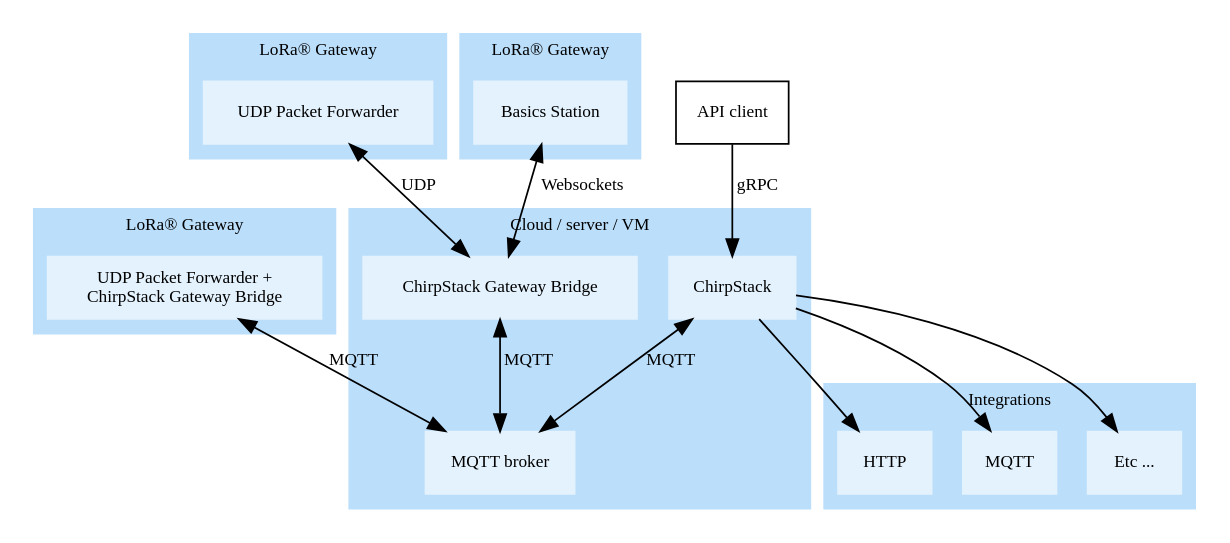
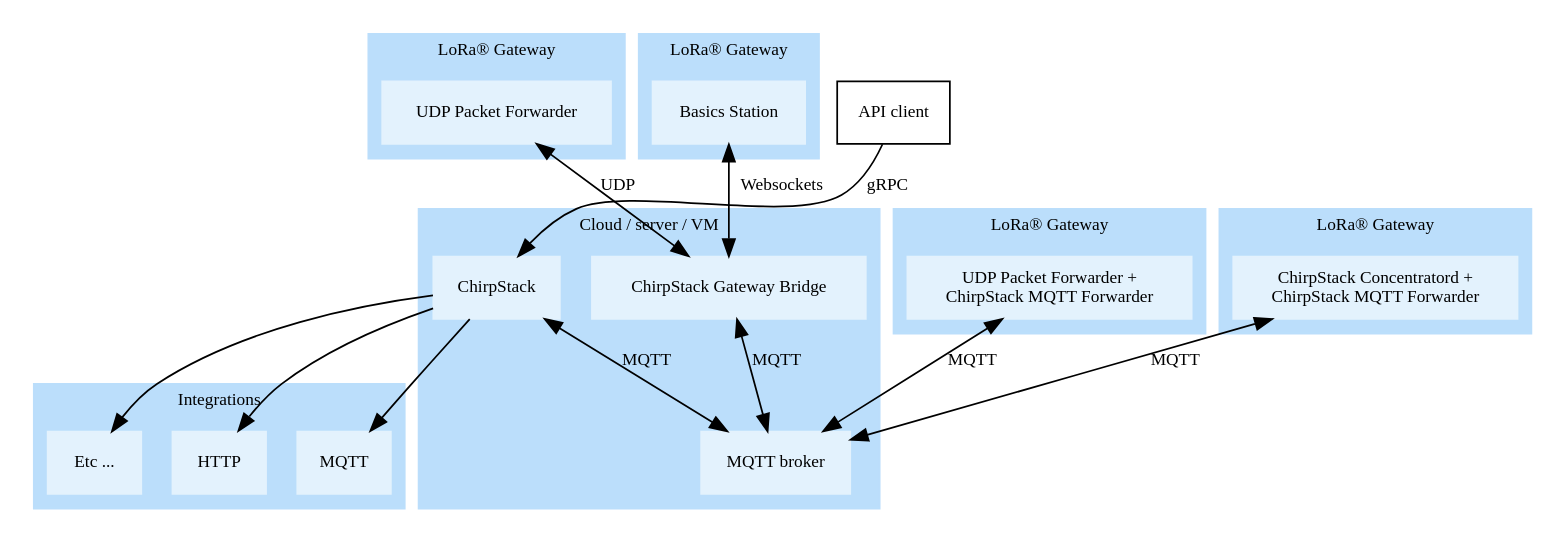
One commit to chirpstack/chirpstack-docs changed the first of 3 diagrams in src/architecture.md. Above: the diagram before and after it, drawn with Graphviz. The commit also changed other lines of this file and 20 other files, not shown here.

Commit message:
Add ChirpStack MQTT Forwarder + Concentratord configuration.

````diff
--- a/src/architecture.md
+++ b/src/architecture.md
@@ -8,72 +9,81 @@
 ```dot process
 digraph G {
 	node [shape=record,fontsize="10"];
 	edge [fontsize="10"];
 	fontsize="10";
 
 	subgraph cluster_0 {
 		style=filled;
 		color="#bbdefb";
 		node [style=filled,color="#e3f2fd"];
 
 		"chirpstack" -> "pub-sub" [dir="both",label="MQTT"];
 		"chirpstack-gateway-bridge-cloud" -> "pub-sub" [dir="both" label="MQTT"];
 
 		"chirpstack" [label="ChirpStack"];
 		"pub-sub" [label="MQTT broker"];
 		"chirpstack-gateway-bridge-cloud" [label="ChirpStack Gateway Bridge"];
 
 		label = "Cloud / server / VM";
 	}
 
 	subgraph cluster_1 {
 		style=filled;
 		color="#bbdefb";
 		node [style=filled,color="#e3f2fd"];
 		label="LoRa&reg; Gateway";
 
-		"chirpstack-gateway-bridge-gw" -> "pub-sub" [label="MQTT",dir="both"];
-		"chirpstack-gateway-bridge-gw" [label="UDP Packet Forwarder +\nChirpStack Gateway Bridge"];
+		"chirpstack-mqtt-forwarder-gw1" -> "pub-sub" [label="MQTT",dir="both"];
+		"chirpstack-mqtt-forwarder-gw1" [label="UDP Packet Forwarder +\nChirpStack MQTT Forwarder"];
 	}
 
+	subgraph cluster_2 {
+		style=filled;
+		color="#bbdefb";
+		node [style=filled,color="#e3f2fd"];
+		label="LoRa&reg; Gateway";
 
-	subgraph cluster_2 {
+		"chirpstack-mqtt-forwarder-gw2" -> "pub-sub" [label="MQTT",dir="both"];
+		"chirpstack-mqtt-forwarder-gw2" [label="ChirpStack Concentratord +\nChirpStack MQTT Forwarder"];
+	}
+
+	subgraph cluster_3 {
 		style=filled;
 		color="#bbdefb";
 		node [style=filled,color="#e3f2fd"];
 		label="LoRa&reg; Gateway";
 
 		"packet-forwarder-gw2" -> "chirpstack-gateway-bridge-cloud" [label="UDP",dir="both"];
 		"packet-forwarder-gw2" [label="UDP Packet Forwarder"];
 	}
 
-	subgraph cluster_3 {
+	subgraph cluster_4 {
 		style=filled;
 		color="#bbdefb";
 		node [style=filled,color="#e3f2fd"];
 		label="LoRa&reg; Gateway";
 
 		"packet-forwarder-gw3" -> "chirpstack-gateway-bridge-cloud" [label="Websockets",dir="both"];
 		"packet-forwarder-gw3" [label="Basics Station"];
 	}
 
 	subgraph cluster_5 {
 		style=filled;
 		color="#bbdefb";
 		node [style=filled,color="#e3f2fd"];
 		label="Integrations";
 
 		"http-int" [label="HTTP"];
 		"mqtt-int" [label="MQTT"];
 		"other-int" [label="Etc ..."];
 	}
 
 
 	"chirpstack" -> "http-int";
 	"chirpstack" -> "mqtt-int";
 	"chirpstack" -> "other-int";
 
 	"as-api-client" -> "chirpstack" [label="gRPC"];
 	"as-api-client" [label="API client"];
 }
 ```
````
